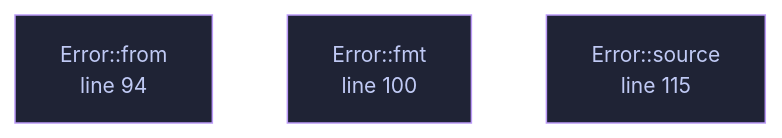
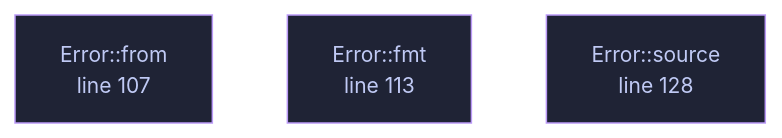
One commit to tilas01/veilvoice changed the diagram in docs/files/veilvoice-conversation/lib.md. Above: the diagram before and after it, drawn with Mermaid. The commit also changed other lines of this file and 182 other files, not shown here.

````diff
--- a/docs/files/veilvoice-conversation/lib.md
+++ b/docs/files/veilvoice-conversation/lib.md
@@ -100,12 +114,12 @@
 ```mermaid
 %%{init: {"theme":"base","themeVariables":{"background":"#1a1b26","primaryColor":"#1f2335","primaryTextColor":"#c0caf5","primaryBorderColor":"#7aa2f7","secondaryColor":"#16161e","tertiaryColor":"#16161e","lineColor":"#737aa2","textColor":"#c0caf5","mainBkg":"#1f2335","nodeBorder":"#7aa2f7","clusterBkg":"#16161e","clusterBorder":"#2f3549","fontFamily":"ui-monospace, SFMono-Regular, Consolas, monospace","fontSize":"14px"}}}%%
 flowchart TD
-    n_from["Error::from<br/>line 94"]
-    n_fmt["Error::fmt<br/>line 100"]
-    n_source["Error::source<br/>line 115"]
-    click n_from href "https://github.com/tilas01/veilvoice/blob/main/crates/veilvoice-conversation/src/lib.rs#L94" "open the source"
-    click n_fmt href "https://github.com/tilas01/veilvoice/blob/main/crates/veilvoice-conversation/src/lib.rs#L100" "open the source"
-    click n_source href "https://github.com/tilas01/veilvoice/blob/main/crates/veilvoice-conversation/src/lib.rs#L115" "open the source"
+    n_from["Error::from<br/>line 107"]
+    n_fmt["Error::fmt<br/>line 113"]
+    n_source["Error::source<br/>line 128"]
+    click n_from href "https://github.com/tilas01/veilvoice/blob/main/crates/veilvoice-conversation/src/lib.rs#L107" "open the source"
+    click n_fmt href "https://github.com/tilas01/veilvoice/blob/main/crates/veilvoice-conversation/src/lib.rs#L113" "open the source"
+    click n_source href "https://github.com/tilas01/veilvoice/blob/main/crates/veilvoice-conversation/src/lib.rs#L128" "open the source"
     classDef helper fill:#1f2335,stroke:#bb9af7,color:#c0caf5
     class n_from,n_fmt,n_source helper
 ```
````
